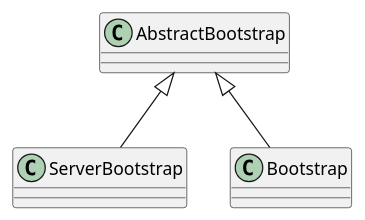
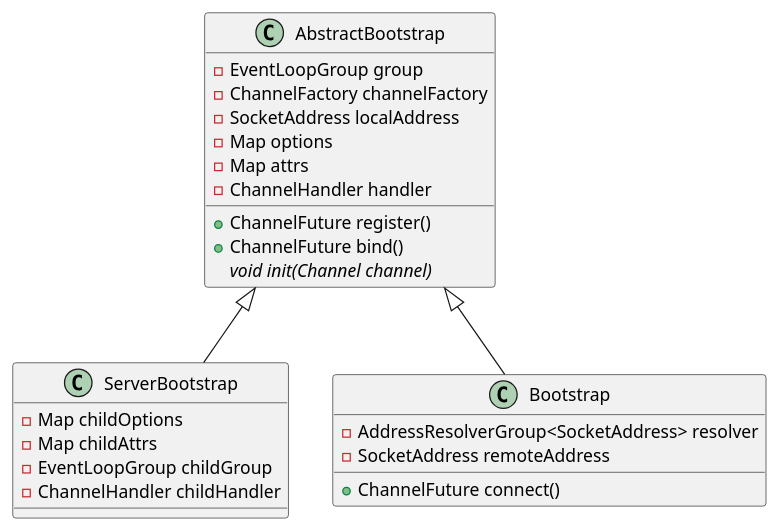
One commit to uchuhimo/leaning-netty changed the diagram in bootstrap/bootstrap.md. Above: the diagram before and after it, drawn with PlantUML. The commit also changed 7 other files, not shown here.

````diff
--- a/bootstrap/bootstrap.md
+++ b/bootstrap/bootstrap.md
@@ -21,14 +21,31 @@
 ```uml
 @startuml
+
 class AbstractBootstrap{
+- EventLoopGroup group
+- ChannelFactory channelFactory
+- SocketAddress localAddress
+- Map options
+- Map attrs
+- ChannelHandler handler
++ ChannelFuture register()
++ ChannelFuture bind()
+{abstract} void init(Channel channel)
 }
 class ServerBootstrap{
+- Map childOptions
+- Map childAttrs
+- EventLoopGroup childGroup
+- ChannelHandler childHandler
 }
 class Bootstrap{
+- AddressResolverGroup<SocketAddress> resolver
+- SocketAddress remoteAddress
++ ChannelFuture connect()
 }
 
 AbstractBootstrap  		<|-- 	Bootstrap
 AbstractBootstrap		<|--	ServerBootstrap
 
 @enduml
 ```
````
